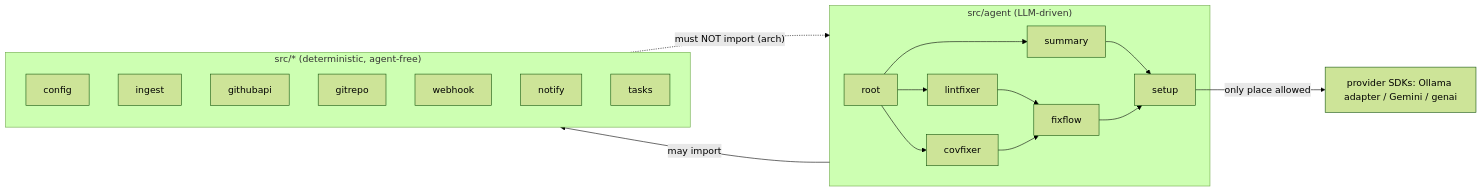
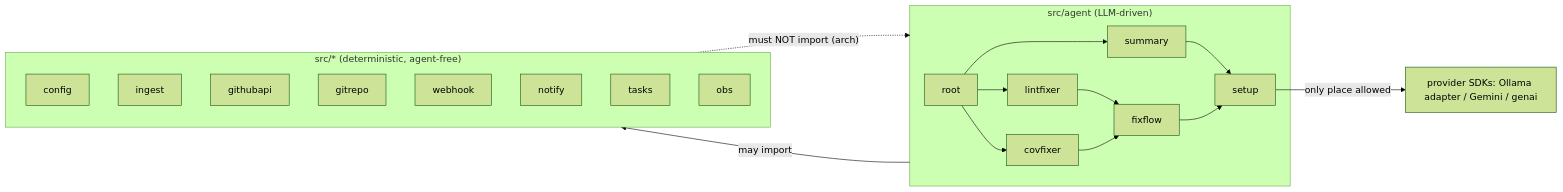
One commit to jkjamies/automation-agent changed the diagram in javascript/src/AGENTS.md. Above: the diagram before and after it, drawn with Mermaid (forest theme). The commit also changed other lines of this file and 21 other files, not shown here.

````diff
--- a/javascript/src/AGENTS.md
+++ b/javascript/src/AGENTS.md
@@ -11,24 +11,25 @@
 ```mermaid
 flowchart LR
     subgraph agents["src/agent (LLM-driven)"]
         root --> summary
         root --> lintfixer
         root --> covfixer
         lintfixer --> fixflow
         covfixer --> fixflow
         summary --> setup
         fixflow --> setup
     end
     subgraph tooling["src/* (deterministic, agent-free)"]
         config
         ingest
         githubapi
         gitrepo
         webhook
         notify
         tasks
+        obs
     end
     agents -->|"may import"| tooling
     tooling -.->|"must NOT import (arch)"| agents
     setup -->|"only place allowed"| providers["provider SDKs: Ollama adapter / Gemini / genai"]
 ```
````
